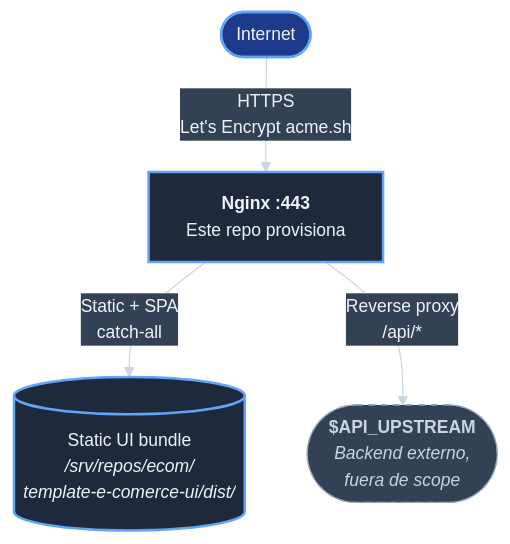
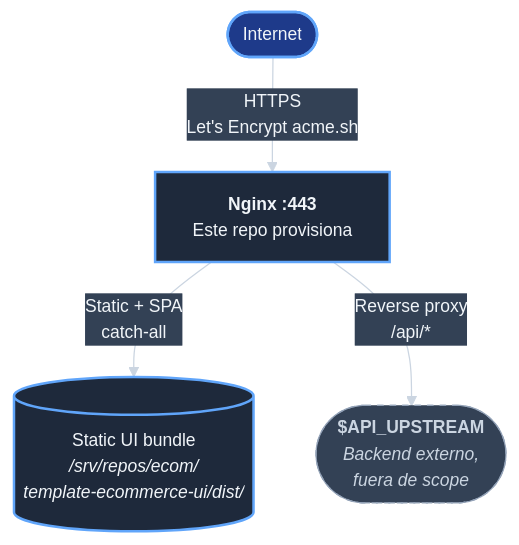
Before and after one commit to jcg-admin/template-ecommerce-server: the first of 5 diagrams in docs/arquitectura.md, drawn with Mermaid. The commit also changed other lines of this file and 27 other files, not shown here.

First line of the commit message:
Rename to template-ecommerce-server (F2)

````diff
--- a/docs/arquitectura.md
+++ b/docs/arquitectura.md
@@ -16,31 +16,31 @@
 ```mermaid
 %%{init: {'theme':'base', 'themeVariables': {
   'background': '#0f172a',
   'primaryColor': '#1e293b',
   'primaryTextColor': '#f1f5f9',
   'primaryBorderColor': '#94a3b8',
   'lineColor': '#cbd5e1',
   'secondaryColor': '#334155',
   'tertiaryColor': '#1e3a8a',
   'fontFamily': 'monospace',
   'fontSize': '14px'
 }}}%%
 flowchart TB
     internet_publica([Internet])
     nginx_web_server["<b>Nginx :443</b><br/>Este repo provisiona"]
-    bundle_estatico_ui[("Static UI bundle<br/><i>/srv/repos/ecom/<br/>template-e-comerce-ui/dist/</i>")]
+    bundle_estatico_ui[("Static UI bundle<br/><i>/srv/repos/ecom/<br/>template-ecommerce-ui/dist/</i>")]
     backend_api_upstream(["<b>$API_UPSTREAM</b><br/><i>Backend externo,<br/>fuera de scope</i>"])
 
     internet_publica -- "HTTPS<br/>Let's Encrypt acme.sh" --> nginx_web_server
     nginx_web_server -- "Static + SPA<br/>catch-all" --> bundle_estatico_ui
     nginx_web_server -- "Reverse proxy<br/>/api/*" --> backend_api_upstream
 
     classDef primaryNode fill:#1e293b,stroke:#60a5fa,stroke-width:2px,color:#f1f5f9
     classDef externalNode fill:#334155,stroke:#94a3b8,stroke-width:1px,color:#cbd5e1,stroke-dasharray: 5 5
     classDef internetNode fill:#1e3a8a,stroke:#60a5fa,stroke-width:2px,color:#f1f5f9
 
     class nginx_web_server primaryNode
     class bundle_estatico_ui primaryNode
     class backend_api_upstream externalNode
     class internet_publica internetNode
 ```
````
